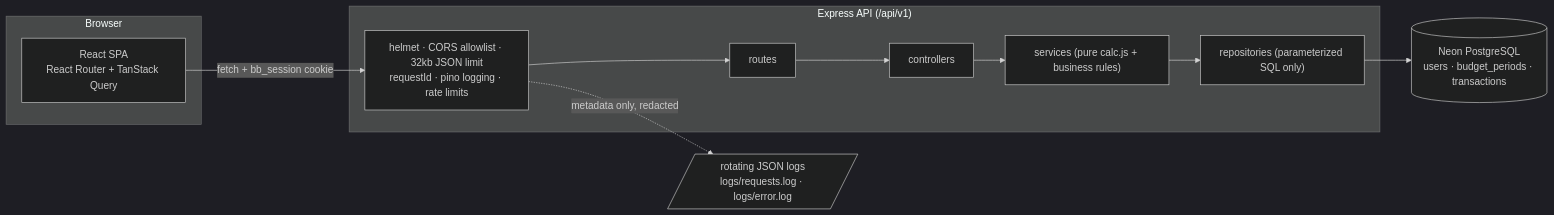
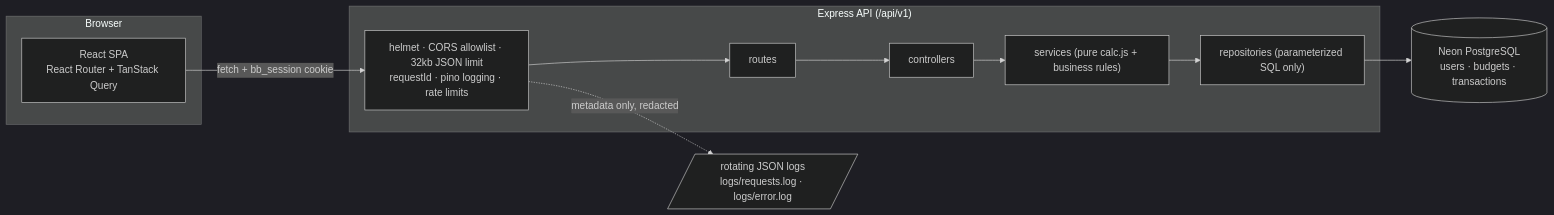
Before and after one commit to Hadarona/FinancialPlanning: the diagram in README.md, drawn with Mermaid (dark theme). The commit also changed other lines of this file and 44 other files, not shown here.

````diff
--- a/README.md
+++ b/README.md
@@ -75,18 +79,18 @@
 ```mermaid
 flowchart LR
     subgraph Browser
         UI[React SPA<br/>React Router + TanStack Query]
     end
     subgraph Express["Express API (/api/v1)"]
         MW[helmet · CORS allowlist · 32kb JSON limit<br/>requestId · pino logging · rate limits]
         Routes[routes] --> Controllers[controllers]
         Controllers --> Services["services (pure calc.js + business rules)"]
         Services --> Repos["repositories (parameterized SQL only)"]
     end
-    DB[(Neon PostgreSQL<br/>users · budget_periods · transactions)]
+    DB[(Neon PostgreSQL<br/>users · budgets · transactions)]
     Logs[/"rotating JSON logs<br/>logs/requests.log · logs/error.log"/]
 
     UI -- "fetch + bb_session cookie" --> MW --> Routes
     Repos --> DB
     MW -. metadata only, redacted .-> Logs
 ```
````
